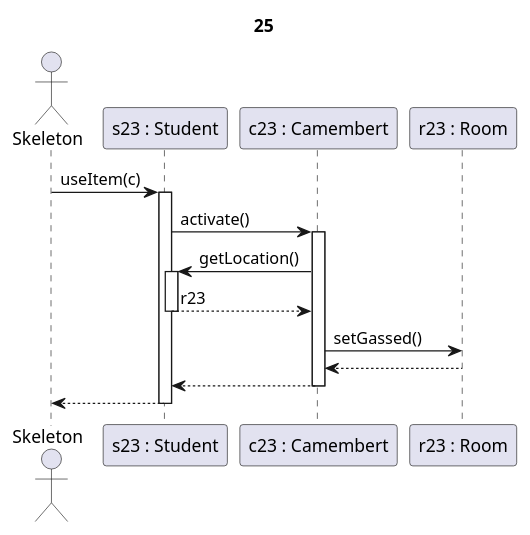
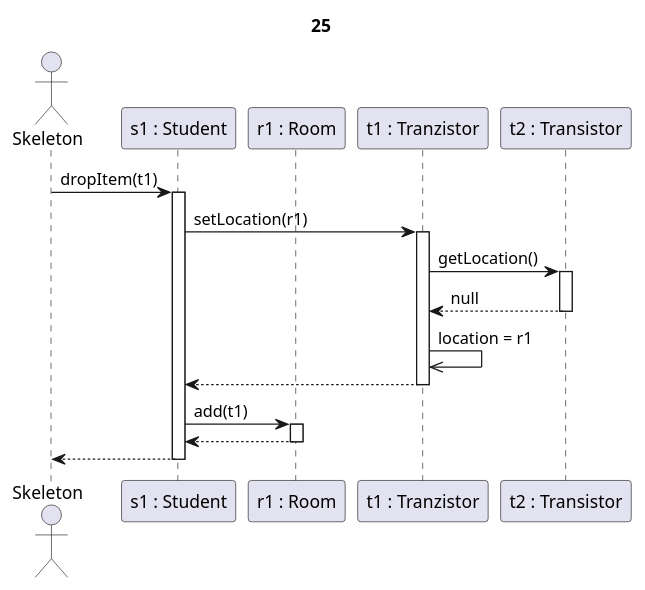
Before and after one commit to kipolaris/skyrimscriptsuttogok: the diagram in partII_sequence diagrams/25.puml, drawn with PlantUML. The commit also changed 113 other files, not shown here.

Commit message:
generated all 46 sequence diagrams and the use-case diagram

```diff
--- a/partII_sequence diagrams/25.puml
+++ b/partII_sequence diagrams/25.puml
@@ -1,26 +1,27 @@
-@startuml camembert
+@startuml transistor drop 1
 
 title 25
 
 actor Skeleton as sk
-participant "s23 : Student" as s
-participant "c23 : Camembert" as c
-participant "r23 : Room" as r
+participant "s1 : Student" as s
+participant "r1 : Room" as r
+Participant "t1 : Tranzistor" as tranz1
+participant "t2 : Transistor" as tranz2
 
-sk->s ++: useItem(c)
+sk->s ++: dropItem(t1)
 
-s -> c ++: activate()
+s-> tranz1 ++: setLocation(r1)
 
-c -> s ++: getLocation()
-s--> c --: r23
+tranz1->tranz2 ++: getLocation()
+tranz2-->tranz1 --: null
 
-c->r : setGassed()
+tranz1 ->> tranz1 : location = r1
 
-r-->c
+s <-- tranz1 --:
 
-c-->s --:
+s -> r ++: add(t1)
+r-->s --:
 
-sk<--s --:
-
+s-->sk --:
 
 @enduml
```
